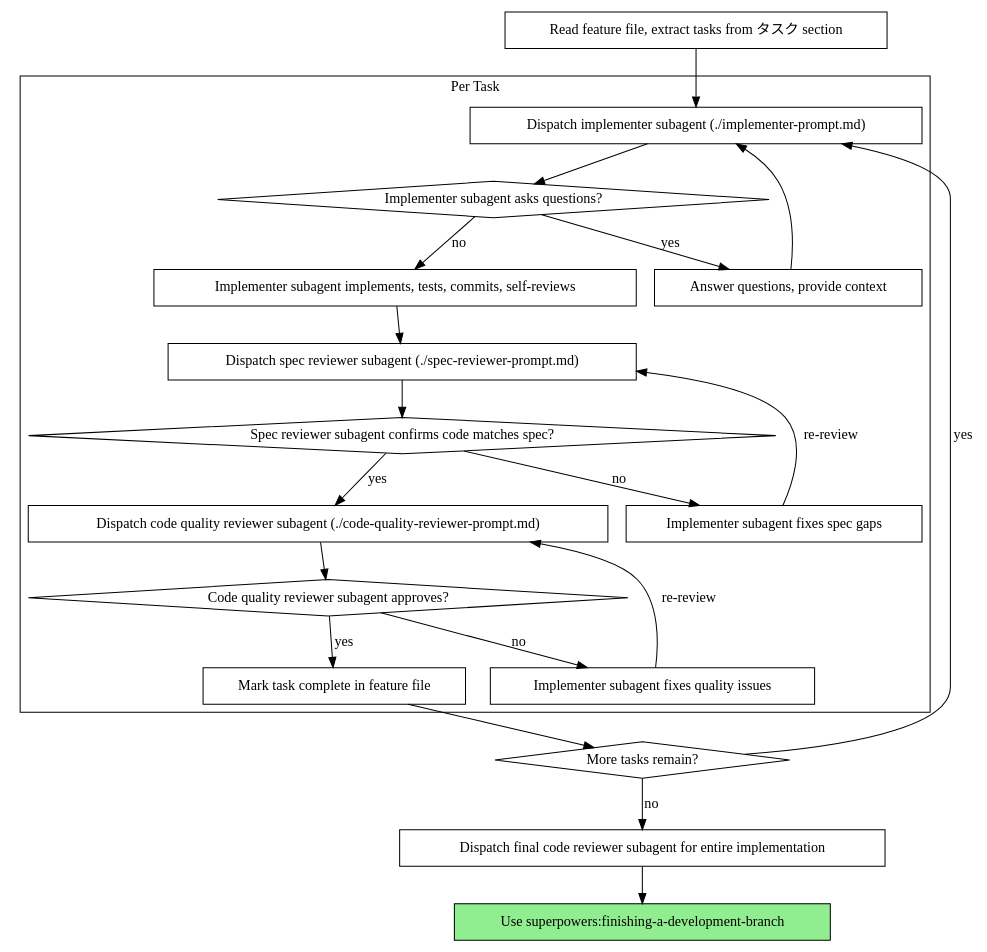
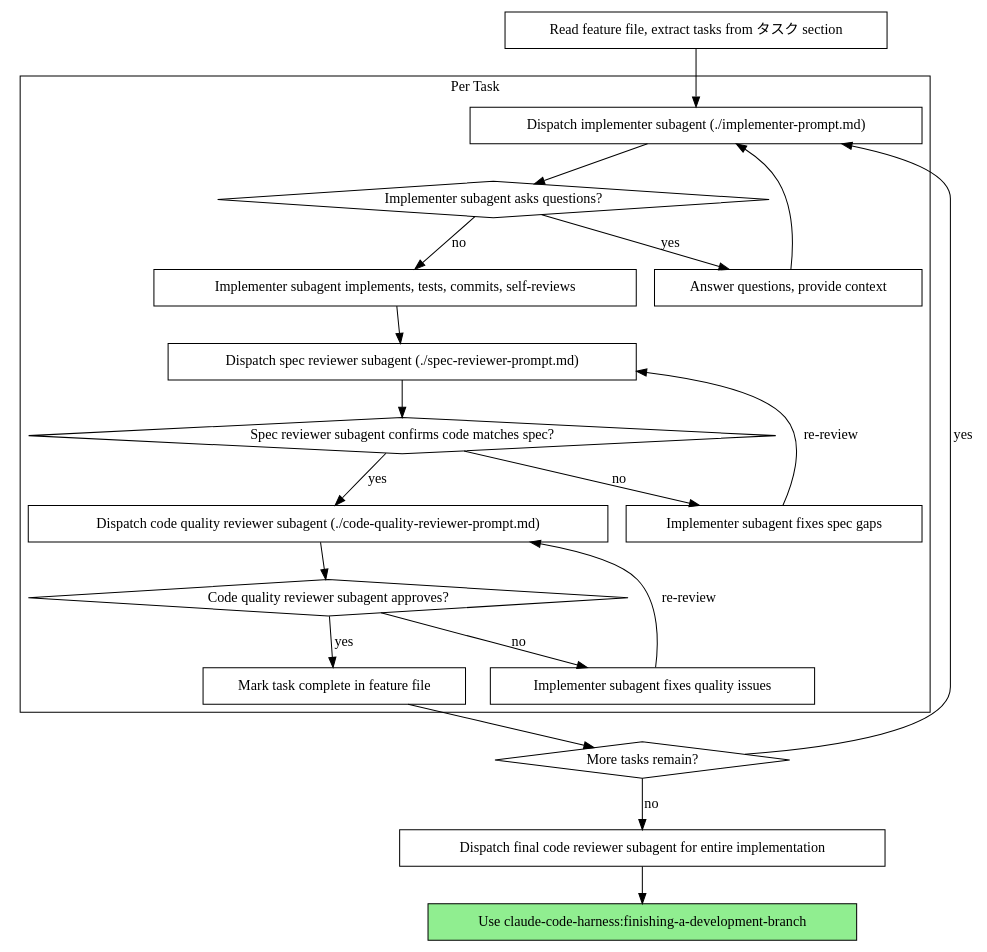
Before and after one commit to tirano-tirano/claude-code-harness: the second of 2 diagrams in skills/subagent-driven-development/SKILL.md, drawn with Graphviz. The commit also changed other lines of this file and 23 other files, not shown here.

Commit message:
fix: プラグイン名を claude-code-harness に統一（スキル発見不能の修正）

````diff
--- a/skills/subagent-driven-development/SKILL.md
+++ b/skills/subagent-driven-development/SKILL.md
@@ -42,44 +42,44 @@
 ```dot
 digraph process {
     rankdir=TB;
 
     subgraph cluster_per_task {
         label="Per Task";
         "Dispatch implementer subagent (./implementer-prompt.md)" [shape=box];
         "Implementer subagent asks questions?" [shape=diamond];
         "Answer questions, provide context" [shape=box];
         "Implementer subagent implements, tests, commits, self-reviews" [shape=box];
         "Dispatch spec reviewer subagent (./spec-reviewer-prompt.md)" [shape=box];
         "Spec reviewer subagent confirms code matches spec?" [shape=diamond];
         "Implementer subagent fixes spec gaps" [shape=box];
         "Dispatch code quality reviewer subagent (./code-quality-reviewer-prompt.md)" [shape=box];
         "Code quality reviewer subagent approves?" [shape=diamond];
         "Implementer subagent fixes quality issues" [shape=box];
         "Mark task complete in feature file" [shape=box];
     }
 
     "Read feature file, extract tasks from タスク section" [shape=box];
     "More tasks remain?" [shape=diamond];
     "Dispatch final code reviewer subagent for entire implementation" [shape=box];
-    "Use superpowers:finishing-a-development-branch" [shape=box style=filled fillcolor=lightgreen];
+    "Use claude-code-harness:finishing-a-development-branch" [shape=box style=filled fillcolor=lightgreen];
 
     "Read feature file, extract tasks from タスク section" -> "Dispatch implementer subagent (./implementer-prompt.md)";
     "Dispatch implementer subagent (./implementer-prompt.md)" -> "Implementer subagent asks questions?";
     "Implementer subagent asks questions?" -> "Answer questions, provide context" [label="yes"];
     "Answer questions, provide context" -> "Dispatch implementer subagent (./implementer-prompt.md)";
     "Implementer subagent asks questions?" -> "Implementer subagent implements, tests, commits, self-reviews" [label="no"];
     "Implementer subagent implements, tests, commits, self-reviews" -> "Dispatch spec reviewer subagent (./spec-reviewer-prompt.md)";
     "Dispatch spec reviewer subagent (./spec-reviewer-prompt.md)" -> "Spec reviewer subagent confirms code matches spec?";
     "Spec reviewer subagent confirms code matches spec?" -> "Implementer subagent fixes spec gaps" [label="no"];
     "Implementer subagent fixes spec gaps" -> "Dispatch spec reviewer subagent (./spec-reviewer-prompt.md)" [label="re-review"];
     "Spec reviewer subagent confirms code matches spec?" -> "Dispatch code quality reviewer subagent (./code-quality-reviewer-prompt.md)" [label="yes"];
     "Dispatch code quality reviewer subagent (./code-quality-reviewer-prompt.md)" -> "Code quality reviewer subagent approves?";
     "Code quality reviewer subagent approves?" -> "Implementer subagent fixes quality issues" [label="no"];
     "Implementer subagent fixes quality issues" -> "Dispatch code quality reviewer subagent (./code-quality-reviewer-prompt.md)" [label="re-review"];
     "Code quality reviewer subagent approves?" -> "Mark task complete in feature file" [label="yes"];
     "Mark task complete in feature file" -> "More tasks remain?";
     "More tasks remain?" -> "Dispatch implementer subagent (./implementer-prompt.md)" [label="yes"];
     "More tasks remain?" -> "Dispatch final code reviewer subagent for entire implementation" [label="no"];
-    "Dispatch final code reviewer subagent for entire implementation" -> "Use superpowers:finishing-a-development-branch";
+    "Dispatch final code reviewer subagent for entire implementation" -> "Use claude-code-harness:finishing-a-development-branch";
 }
 ```
````
